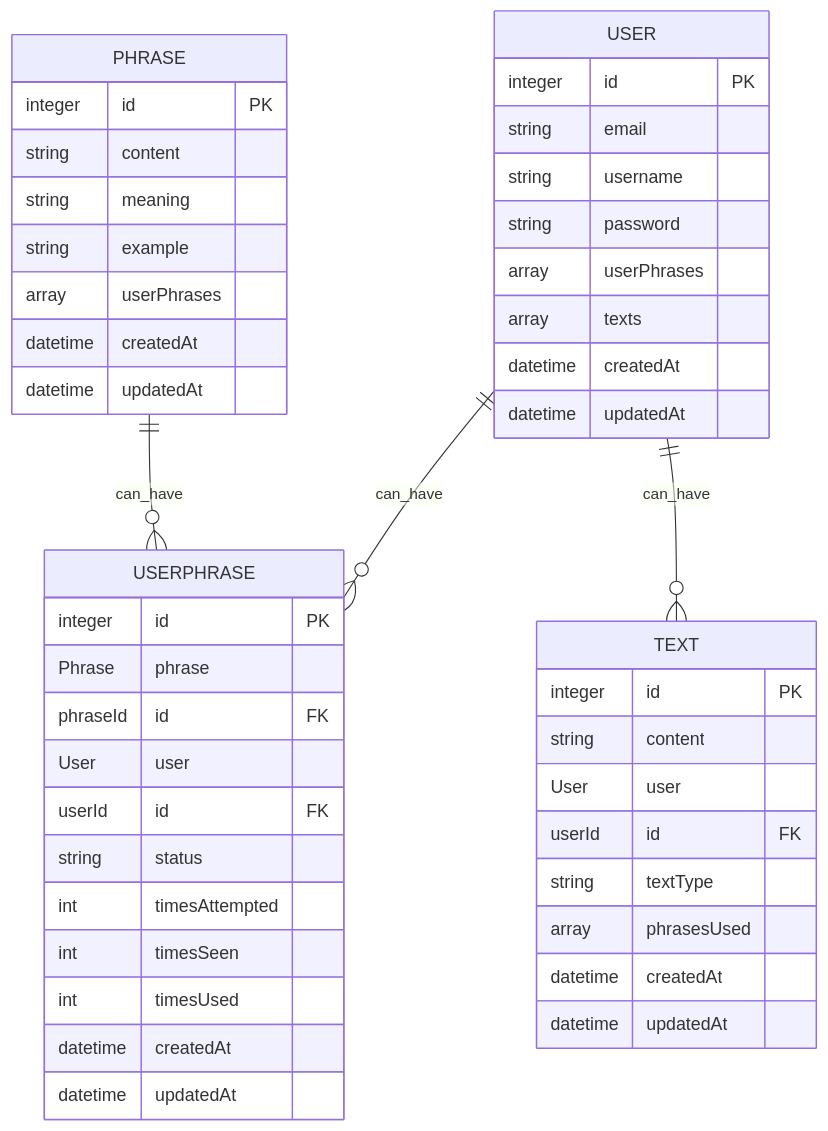
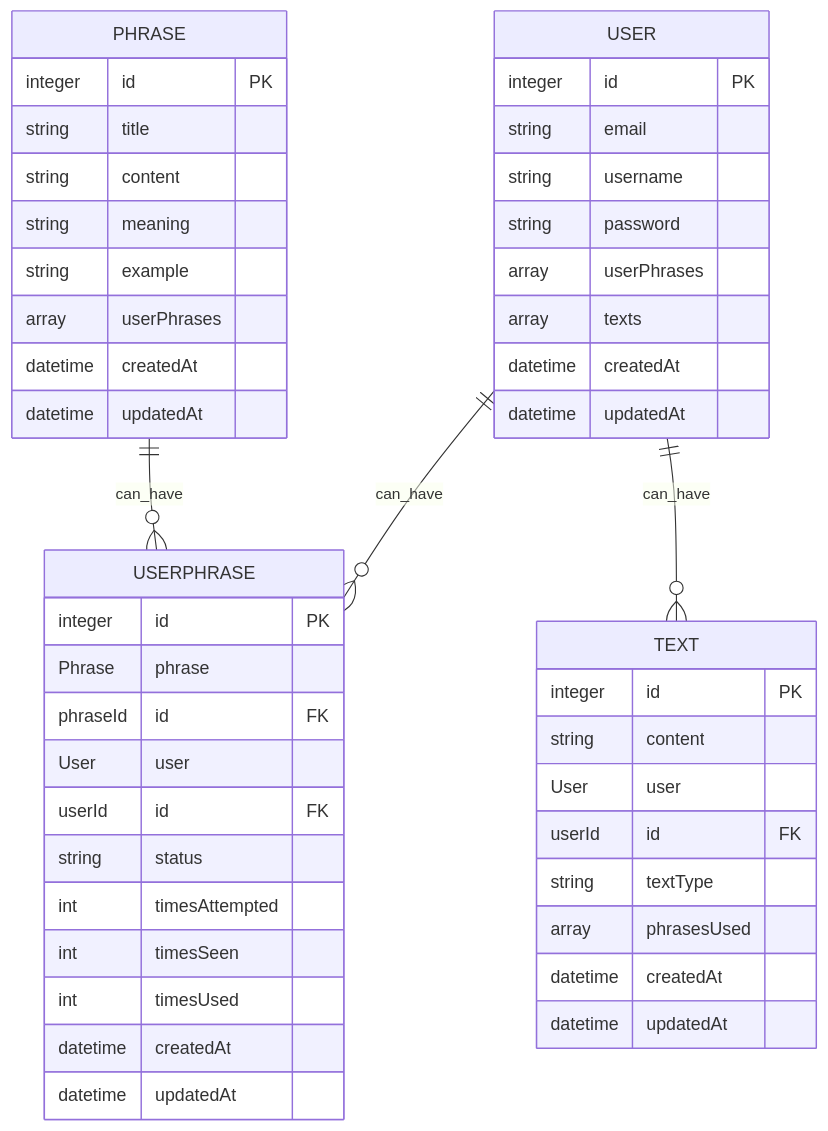
One commit to Chloe070196/phrases-app-API changed the diagram in docs/erd.md. Above: the diagram before and after it, drawn with Mermaid.

Commit message:
docs: update text model in erd

````diff
--- a/docs/erd.md
+++ b/docs/erd.md
@@ -20,52 +20,53 @@
  ```mermaid
 
 erDiagram
 
  PHRASE ||--o{ USERPHRASE : can_have
  USER ||--o{ USERPHRASE : can_have
  USER ||--o{ TEXT : can_have
 
  USER {
     integer         id              PK
     string          email           
     string          username
     string          password
     array           userPhrases   
     array           texts
     datetime        createdAt
     datetime        updatedAt 
  }
  PHRASE {
     integer         id              PK
+    string          title
     string          content
     string          meaning
     string          example
     array           userPhrases 
     datetime        createdAt
     datetime        updatedAt 
  }
  USERPHRASE {
     integer     id              PK
     Phrase      phrase
     phraseId    id              FK
     User        user            
     userId      id              FK
     string      status
     int         timesAttempted
     int         timesSeen
     int         timesUsed
     datetime    createdAt
     datetime    updatedAt 
  }
  TEXT {
     integer     id              PK
     string      content 
     User        user            
     userId      id              FK   
     string      textType    
     array       phrasesUsed        
     datetime    createdAt
     datetime    updatedAt 
  }
 
  ```
````
